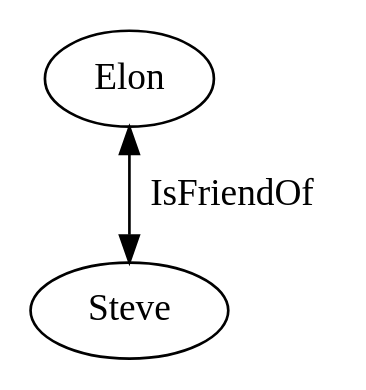
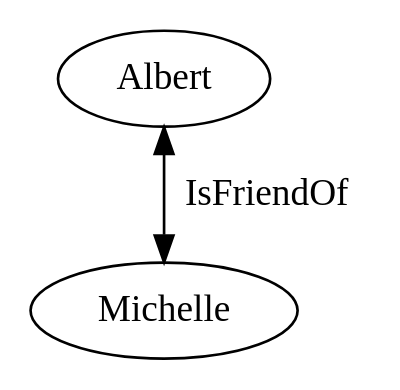
One commit to ArcadeData/arcadedb-docs changed the diagram in src/main/asciidoc/api/java-tutorial.adoc. Above: the diagram before and after it, drawn with Graphviz. The commit also changed other lines of this file, not shown here.

```diff
--- a/src/main/asciidoc/api/java-tutorial.adoc
+++ b/src/main/asciidoc/api/java-tutorial.adoc
@@ -215,6 +215,6 @@
 [graphviz,dot-example,svg]
 ----
 graph g {
-    Elon -- Steve [label = "IsFriendOf" dir = "both"]
+    Albert -- Michelle [label = "IsFriendOf" dir = "both"]
 }
 ----
```
